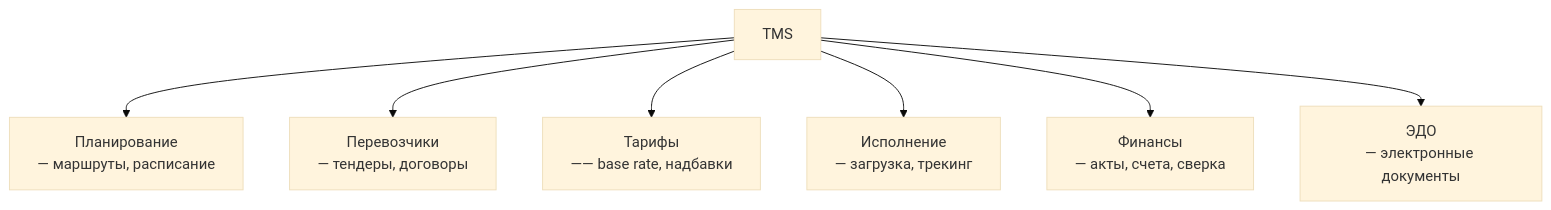
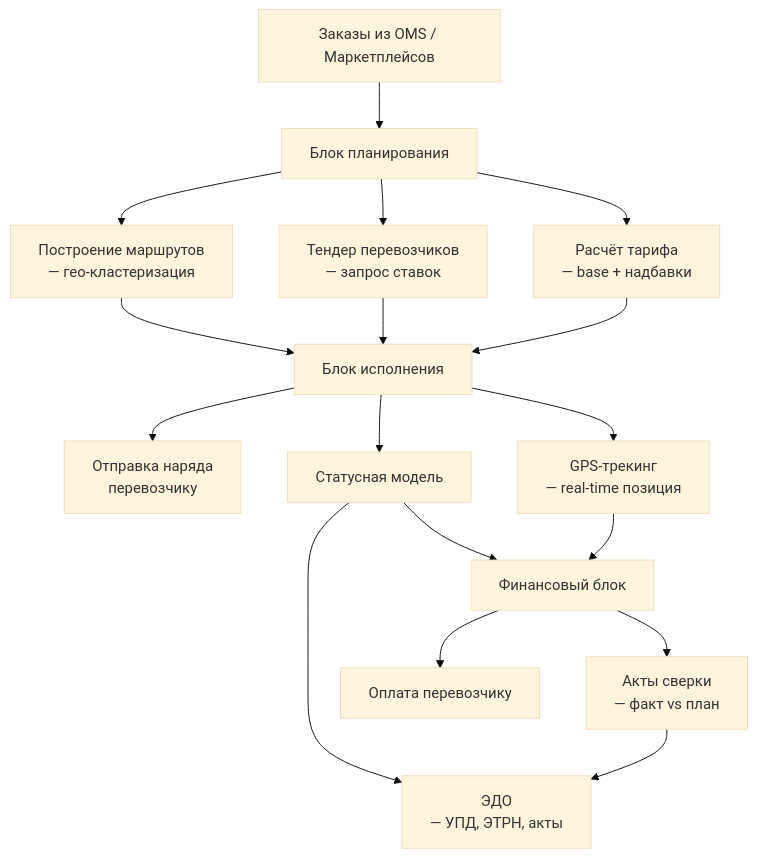
One commit to sergeyodnoval-bot/sysanalyst-kb.github.io changed the first of 3 diagrams in docs/specialization/logistics-tms.md. Above: the diagram before and after it, drawn with Mermaid (base theme). The commit also changed other lines of this file and 13 other files, not shown here.

````diff
--- a/docs/specialization/logistics-tms.md
+++ b/docs/specialization/logistics-tms.md
@@ -22,10 +31,24 @@
 ```mermaid
 flowchart TD
-    TMS["TMS"]
-    TMS --> PLAN["Планирование<br/>— маршруты, расписание"]
-    TMS --> CARRIER["Перевозчики<br/>— тендеры, договоры"]
-    TMS --> RATE["Тарифы<br/>—— base rate, надбавки"]
-    TMS --> EXEC["Исполнение<br/>— загрузка, трекинг"]
-    TMS --> FIN["Финансы<br/>— акты, счета, сверка"]
-    TMS --> EDO["ЭДО<br/>— электронные документы"]
+    ORD["Заказы из OMS / Маркетплейсов"] --> PLAN["Блок планирования"]
+    
+    PLAN --> ROUTE["Построение маршрутов<br/>— гео-кластеризация"]
+    PLAN --> TENDER["Тендер перевозчиков<br/>— запрос ставок"]
+    PLAN --> RATE["Расчёт тарифа<br/>— base + надбавки"]
+    
+    ROUTE --> EXEC["Блок исполнения"]
+    TENDER --> EXEC
+    RATE --> EXEC
+    
+    EXEC --> DISPATCH["Отправка наряда<br/>перевозчику"]
+    EXEC --> TRACK["GPS-трекинг<br/>— real-time позиция"]
+    EXEC --> STATUS["Статусная модель"]
+    
+    STATUS --> FIN["Финансовый блок"]
+    TRACK --> FIN
+    FIN --> ACT["Акты сверки<br/>— факт vs план"]
+    FIN --> PAY["Оплата перевозчику"]
+    
+    STATUS --> EDO["ЭДО<br/>— УПД, ЭТРН, акты"]
+    ACT --> EDO
 ```
````
